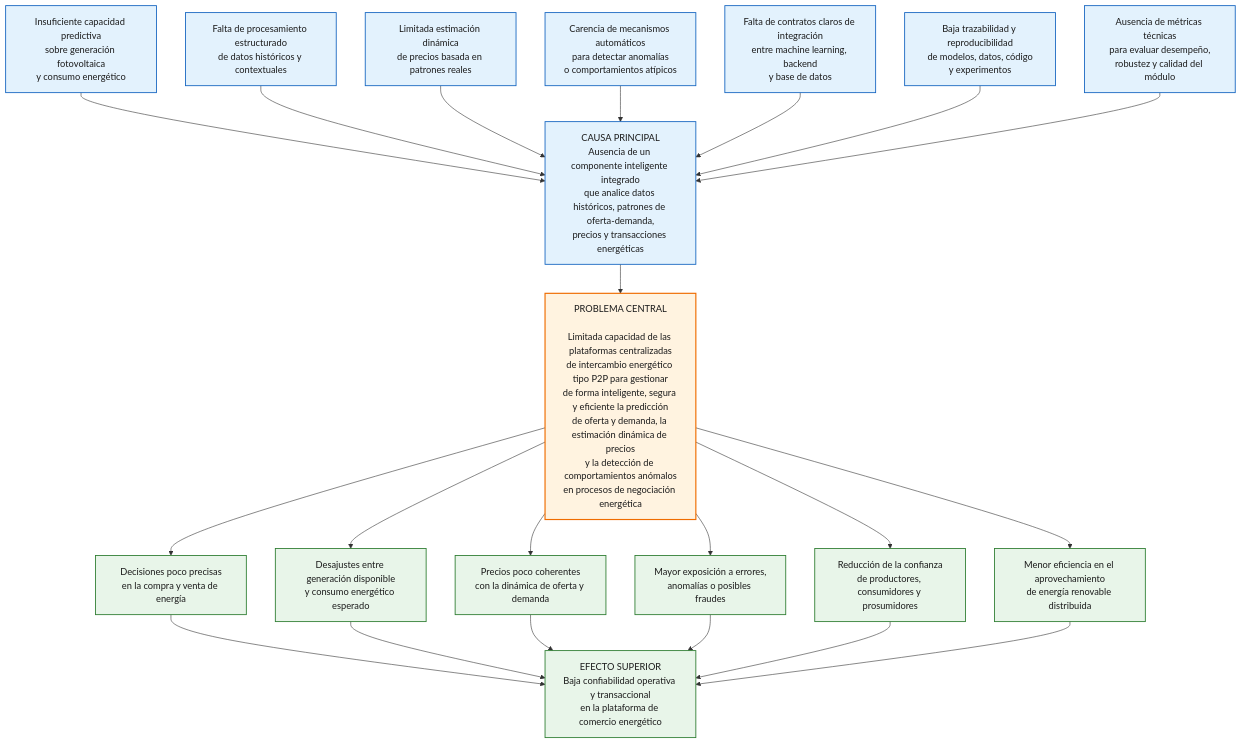
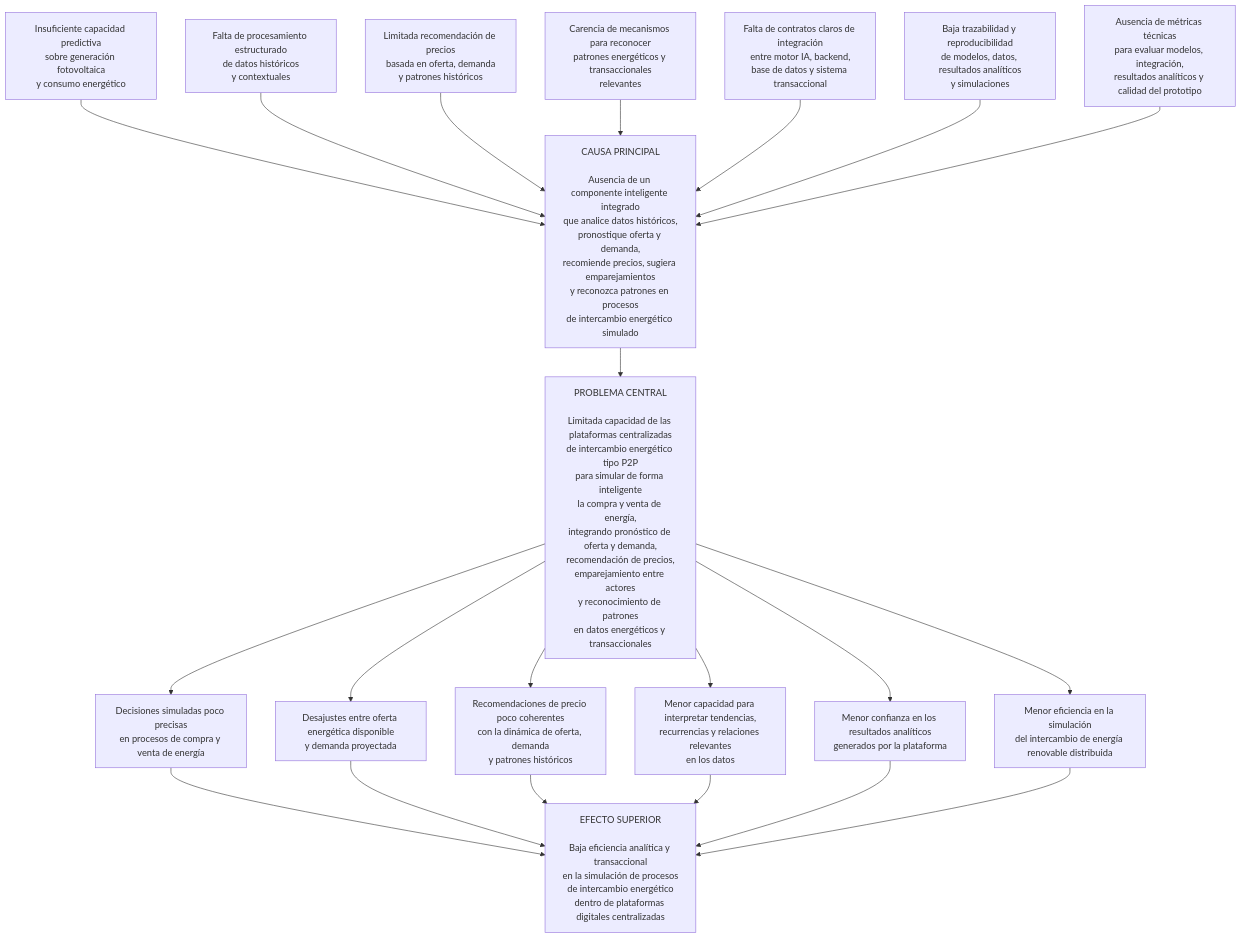
Before and after one commit to dagc-4173/enertrade-ai: the diagram in Diagramas/00-arbol-de-problemas.md, drawn with Mermaid. The commit also changed other lines of this file and 33 other files, not shown here.

Commit message:
Actualiza diagramas y vista de patrones

````diff
--- a/Diagramas/00-arbol-de-problemas.md
+++ b/Diagramas/00-arbol-de-problemas.md
@@ -2,72 +2,56 @@
 ```mermaid
-    flowchart TD
+    flowchart TB
 
-    %% =========================
-    %% EFECTOS
-    %% =========================
+    %% Causas secundarias
+    C1["Insuficiente capacidad predictiva<br/>sobre generación fotovoltaica<br/>y consumo energético"]
+    C2["Falta de procesamiento estructurado<br/>de datos históricos<br/>y contextuales"]
+    C3["Limitada recomendación de precios<br/>basada en oferta, demanda<br/>y patrones históricos"]
+    C4["Carencia de mecanismos para reconocer<br/>patrones energéticos y transaccionales<br/>relevantes"]
+    C5["Falta de contratos claros de integración<br/>entre motor IA, backend,<br/>base de datos y sistema transaccional"]
+    C6["Baja trazabilidad y reproducibilidad<br/>de modelos, datos, resultados analíticos<br/>y simulaciones"]
+    C7["Ausencia de métricas técnicas<br/>para evaluar modelos, integración,<br/>resultados analíticos y calidad del prototipo"]
 
-    E0["EFECTO SUPERIOR<br/>Baja confiabilidad operativa y transaccional<br/>en la plataforma de comercio energético"]
+    %% Causa principal
+    CP["CAUSA PRINCIPAL<br/><br/>Ausencia de un componente inteligente integrado<br/>que analice datos históricos,<br/>pronostique oferta y demanda,<br/>recomiende precios, sugiera emparejamientos<br/>y reconozca patrones en procesos<br/>de intercambio energético simulado"]
 
-    E1["Decisiones poco precisas<br/>en la compra y venta de energía"]
-    E2["Desajustes entre generación disponible<br/>y consumo energético esperado"]
-    E3["Precios poco coherentes<br/>con la dinámica de oferta y demanda"]
-    E4["Mayor exposición a errores,<br/>anomalías o posibles fraudes"]
-    E5["Reducción de la confianza<br/>de productores, consumidores y prosumidores"]
-    E6["Menor eficiencia en el aprovechamiento<br/>de energía renovable distribuida"]
+    %% Problema central
+    P["PROBLEMA CENTRAL<br/><br/>Limitada capacidad de las plataformas centralizadas<br/>de intercambio energético tipo P2P<br/>para simular de forma inteligente<br/>la compra y venta de energía,<br/>integrando pronóstico de oferta y demanda,<br/>recomendación de precios,<br/>emparejamiento entre actores<br/>y reconocimiento de patrones<br/>en datos energéticos y transaccionales"]
 
-    E1 --> E0
-    E2 --> E0
-    E3 --> E0
-    E4 --> E0
-    E5 --> E0
-    E6 --> E0
+    %% Efectos directos
+    E1["Decisiones simuladas poco precisas<br/>en procesos de compra y venta de energía"]
+    E2["Desajustes entre oferta energética disponible<br/>y demanda proyectada"]
+    E3["Recomendaciones de precio poco coherentes<br/>con la dinámica de oferta, demanda<br/>y patrones históricos"]
+    E4["Menor capacidad para interpretar tendencias,<br/>recurrencias y relaciones relevantes<br/>en los datos"]
+    E5["Menor confianza en los resultados analíticos<br/>generados por la plataforma"]
+    E6["Menor eficiencia en la simulación<br/>del intercambio de energía renovable distribuida"]
 
-    %% =========================
-    %% PROBLEMA CENTRAL
-    %% =========================
+    %% Efecto superior
+    ES["EFECTO SUPERIOR<br/><br/>Baja eficiencia analítica y transaccional<br/>en la simulación de procesos<br/>de intercambio energético<br/>dentro de plataformas digitales centralizadas"]
 
-    P["PROBLEMA CENTRAL<br/><br/>Limitada capacidad de las plataformas centralizadas<br/>de intercambio energético tipo P2P para gestionar<br/>de forma inteligente, segura y eficiente la predicción<br/>de oferta y demanda, la estimación dinámica de precios<br/>y la detección de comportamientos anómalos<br/>en procesos de negociación energética"]
+    %% Relaciones causas
+    C1 --> CP
+    C2 --> CP
+    C3 --> CP
+    C4 --> CP
+    C5 --> CP
+    C6 --> CP
+    C7 --> CP
 
+    %% Relación central
+    CP --> P
+
+    %% Relaciones efectos
     P --> E1
     P --> E2
     P --> E3
     P --> E4
     P --> E5
     P --> E6
 
-    %% =========================
-    %% CAUSAS
-    %% =========================
-
-    C0["CAUSA PRINCIPAL<br/>Ausencia de un componente inteligente integrado<br/>que analice datos históricos, patrones de oferta-demanda,<br/>precios y transacciones energéticas"]
-
-    C1["Insuficiente capacidad predictiva<br/>sobre generación fotovoltaica<br/>y consumo energético"]
-    C2["Falta de procesamiento estructurado<br/>de datos históricos y contextuales"]
-    C3["Limitada estimación dinámica<br/>de precios basada en patrones reales"]
-    C4["Carencia de mecanismos automáticos<br/>para detectar anomalías<br/>o comportamientos atípicos"]
-    C5["Falta de contratos claros de integración<br/>entre machine learning, backend<br/>y base de datos"]
-    C6["Baja trazabilidad y reproducibilidad<br/>de modelos, datos, código<br/>y experimentos"]
-    C7["Ausencia de métricas técnicas<br/>para evaluar desempeño,<br/>robustez y calidad del módulo"]
-
-    C1 --> C0
-    C2 --> C0
-    C3 --> C0
-    C4 --> C0
-    C5 --> C0
-    C6 --> C0
-    C7 --> C0
-
-    C0 --> P
-
-    %% =========================
-    %% ESTILOS
-    %% =========================
-
-    classDef efecto fill:#E8F5E9,stroke:#2E7D32,stroke-width:1.5px,color:#1B1B1B;
-    classDef problema fill:#FFF3E0,stroke:#EF6C00,stroke-width:2px,color:#1B1B1B;
-    classDef causa fill:#E3F2FD,stroke:#1565C0,stroke-width:1.5px,color:#1B1B1B;
-
-    class E0,E1,E2,E3,E4,E5,E6 efecto;
-    class P problema;
-    class C0,C1,C2,C3,C4,C5,C6,C7 causa;
+    E1 --> ES
+    E2 --> ES
+    E3 --> ES
+    E4 --> ES
+    E5 --> ES
+    E6 --> ES
 ```
````
